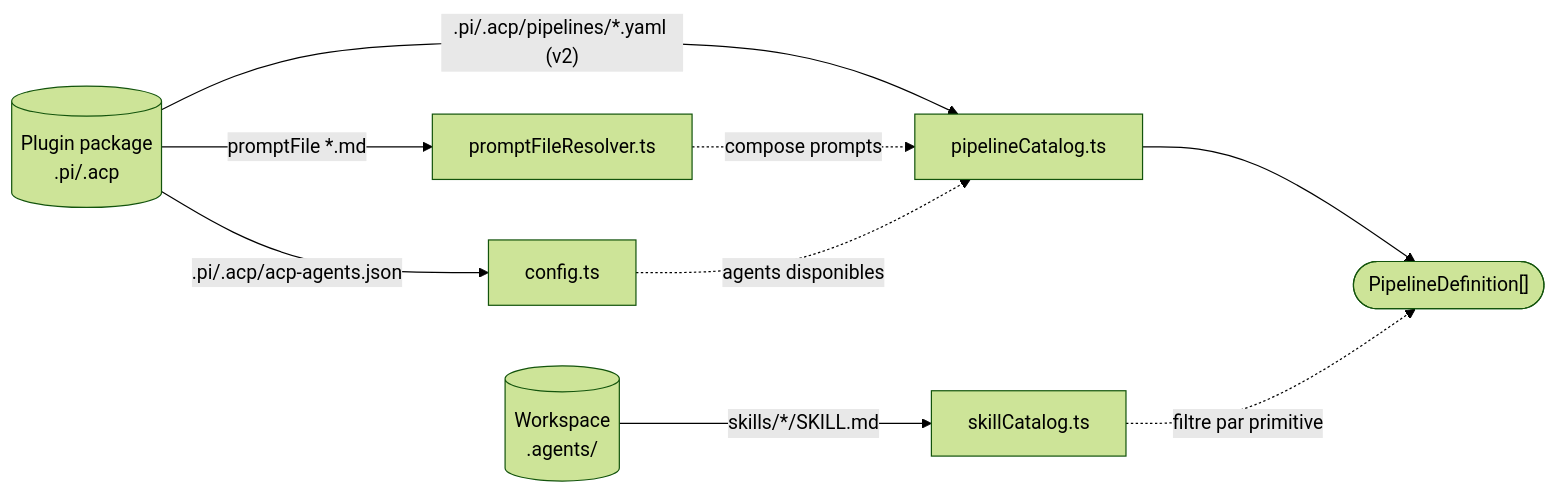
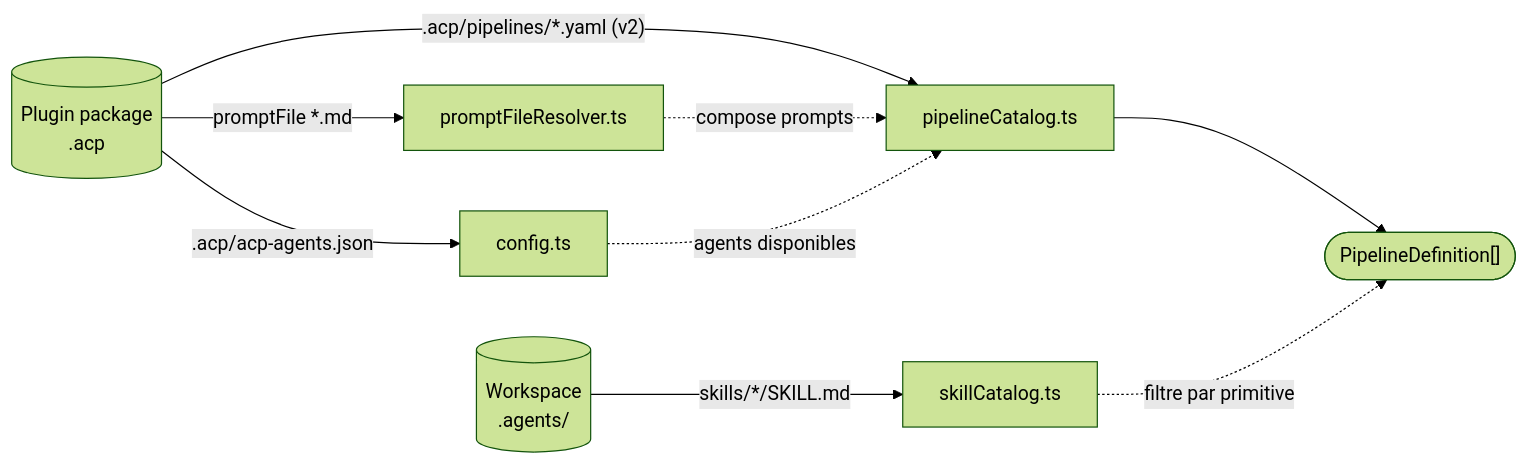
The second of 4 diagrams in plugin-pi/README.md (maurice30120/vscode-acp), drawn with Mermaid (forest theme) before and after one commit. The commit also changed other lines of this file and 90 other files, not shown here.

````diff
--- a/plugin-pi/README.md
+++ b/plugin-pi/README.md
@@ -286,20 +286,20 @@
 ```mermaid
 flowchart LR
-  Plugin[("Plugin package<br/>.pi/.acp")]
+  Plugin[("Plugin package<br/>.acp")]
   Disk[("Workspace<br/>.agents/")]
   Cfg["config.ts"]
   Pipes["pipelineCatalog.ts"]
   PromptFiles["promptFileResolver.ts"]
   Skills["skillCatalog.ts"]
   Defs(["PipelineDefinition[]"])
 
-  Plugin -->|".pi/.acp/acp-agents.json"| Cfg
-  Plugin -->|".pi/.acp/pipelines/*.yaml (v2)"| Pipes
+  Plugin -->|".acp/acp-agents.json"| Cfg
+  Plugin -->|".acp/pipelines/*.yaml (v2)"| Pipes
   Plugin -->|"promptFile *.md"| PromptFiles
   Disk -->|"skills/*/SKILL.md"| Skills
 
   Pipes --> Defs
   PromptFiles -.->|"compose prompts"| Pipes
   Cfg -.->|"agents disponibles"| Pipes
   Skills -.->|"filtre par primitive"| Defs
 ```
````
